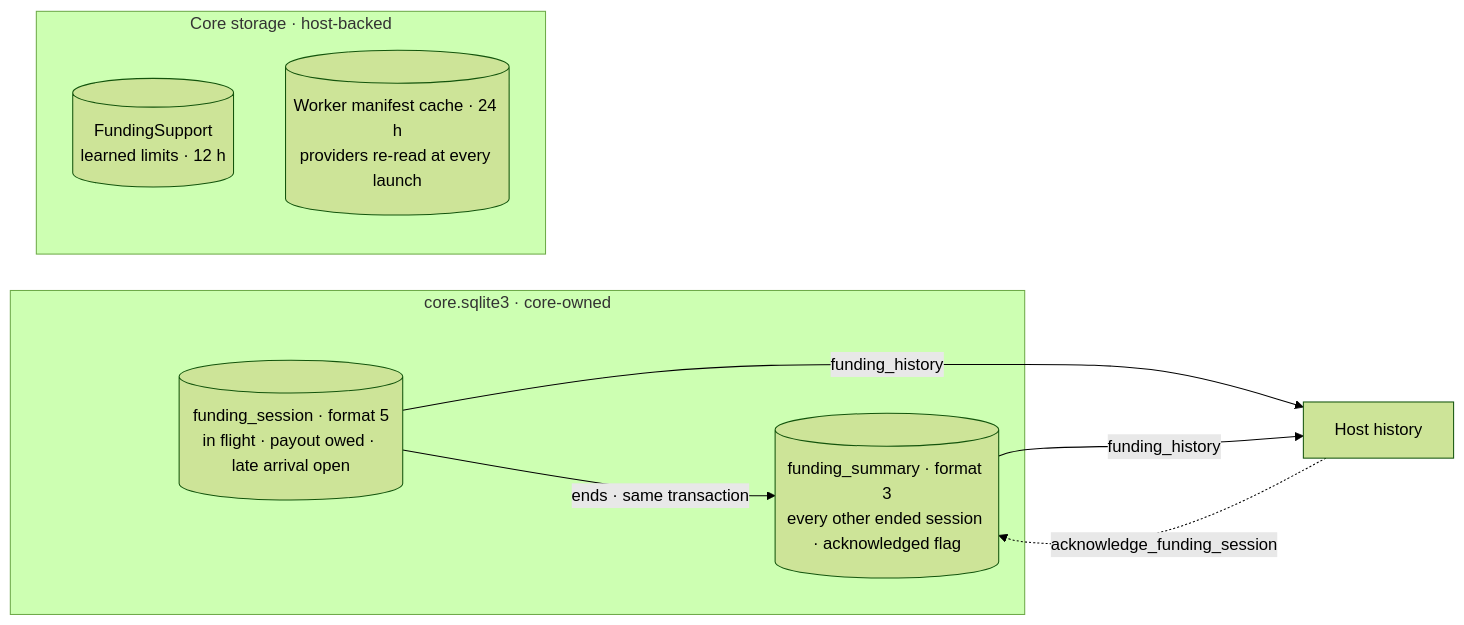
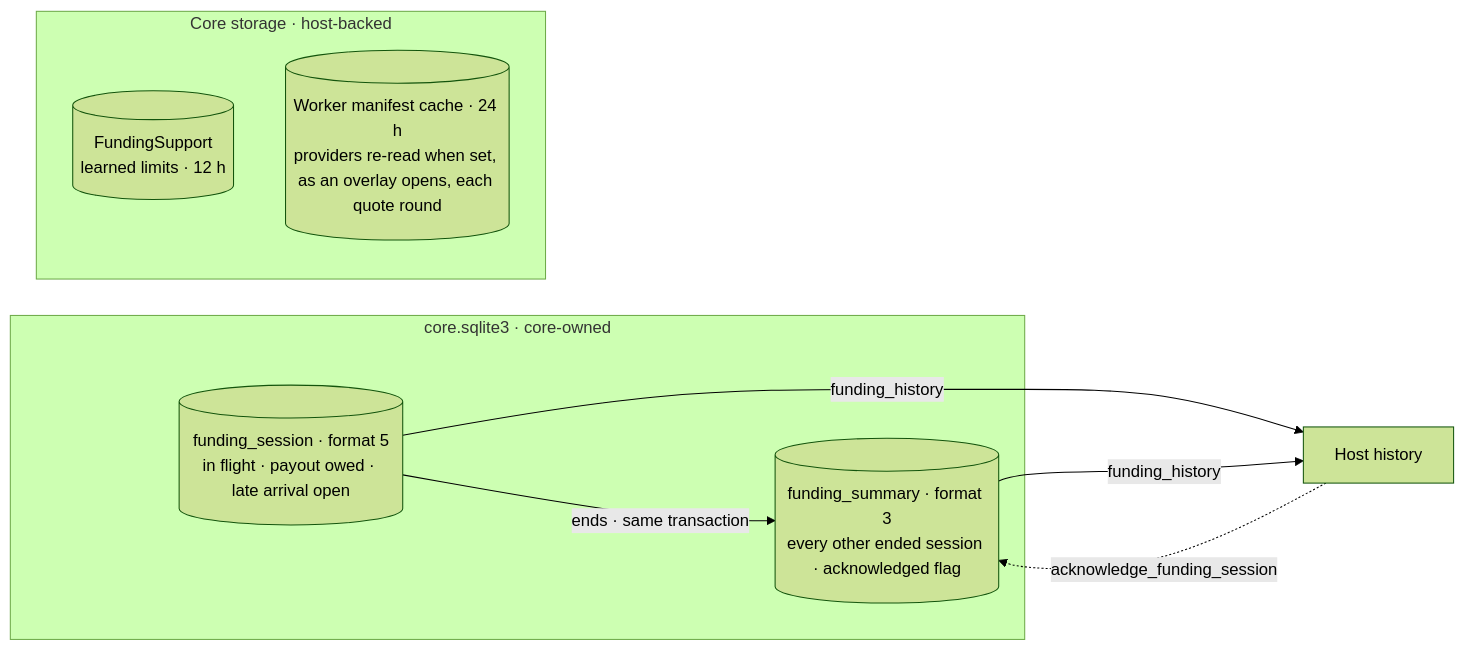
Before and after one commit to paritytech/trinity-user-agents: the ninth of 10 diagrams in docs/design/funding-modality.md, drawn with Mermaid (forest theme). The commit also changed other lines of this file and 1 other file, not shown here.

````diff
--- a/docs/design/funding-modality.md
+++ b/docs/design/funding-modality.md
@@ -259,14 +267,14 @@
 ```mermaid
 flowchart LR
   subgraph db["core.sqlite3 · core-owned"]
     s[(funding_session · format 5<br/>in flight · payout owed · late arrival open)]
     k[(funding_summary · format 3<br/>every other ended session · acknowledged flag)]
   end
   subgraph kv["Core storage · host-backed"]
     l[(FundingSupport<br/>learned limits · 12 h)]
-    m[(Worker manifest cache · 24 h<br/>providers re-read at every launch)]
+    m[(Worker manifest cache · 24 h<br/>providers re-read when set, as an overlay opens, each quote round)]
   end
   s -- "ends · same transaction" --> k
   s & k -- funding_history --> hv[Host history]
   hv -. acknowledge_funding_session .-> k
 ```
````
